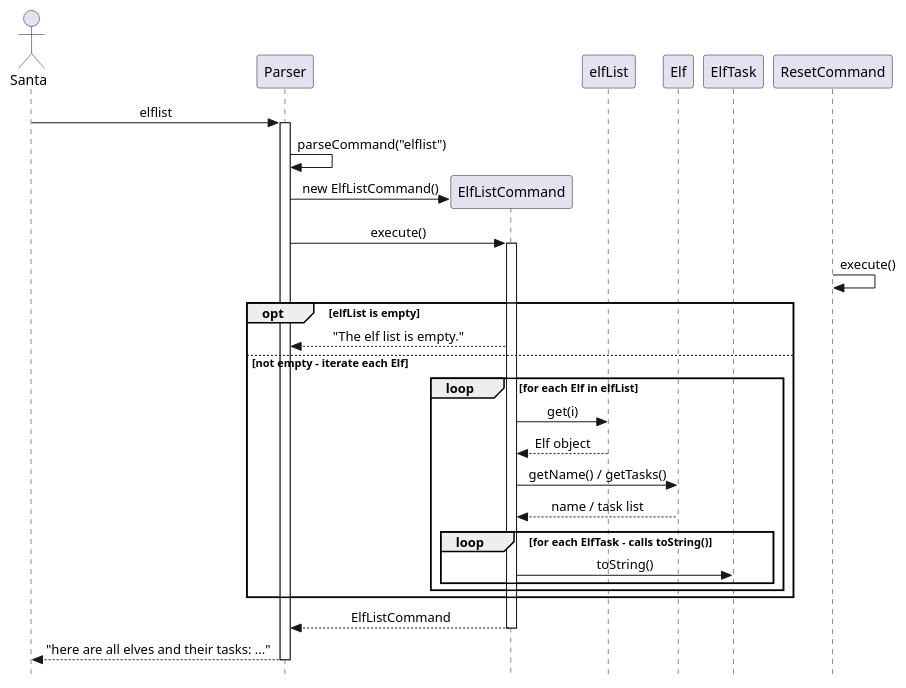
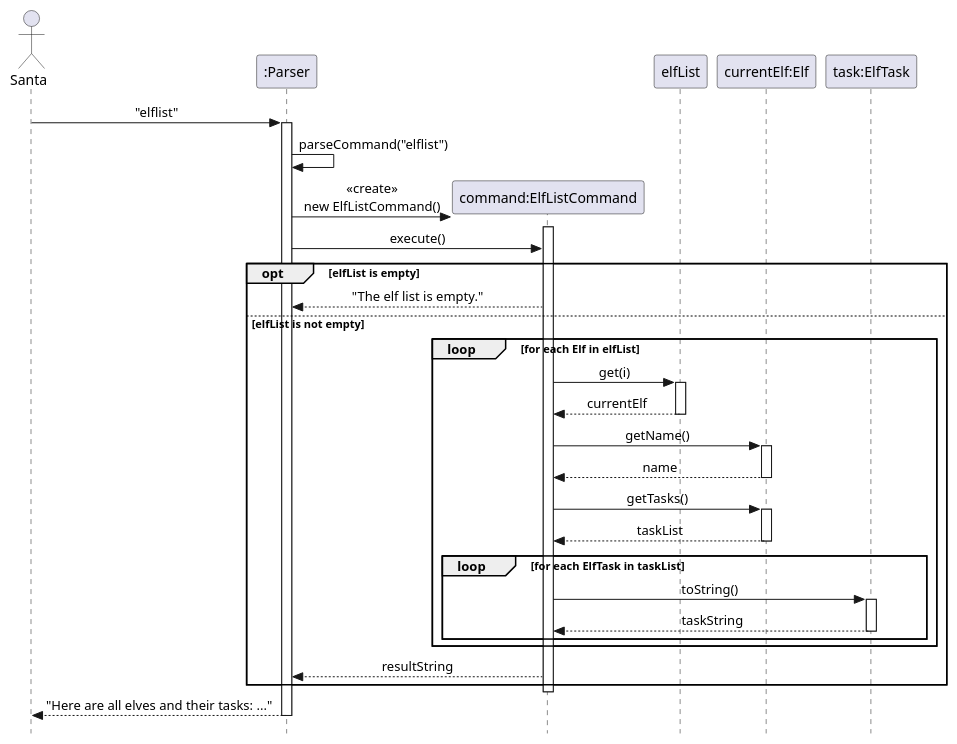
The diagram in docs/diagrams/ElfListSequenceDiagram.puml (shrabasti-c/tp), drawn with PlantUML before and after one commit. The commit also changed 14 other files, not shown here.

```diff
--- a/docs/diagrams/ElfListSequenceDiagram.puml
+++ b/docs/diagrams/ElfListSequenceDiagram.puml
@@ -1,41 +1,56 @@
 @startuml
 skinparam Style strictuml
 skinparam SequenceMessageAlignment center
 
-actor Santa
-participant Parser
-participant ElfListCommand
-participant elfList
-participant Elf
-participant ElfTask
+actor "Santa" as Santa
+participant ":Parser" as Parser
+participant "command:ElfListCommand" as ElfListCommand
+participant "elfList" as elfList
+participant "currentElf:Elf" as Elf
+participant "task:ElfTask" as ElfTask
 
-Santa -> Parser : elflist
+Santa -> Parser : "elflist"
 activate Parser
+
 Parser -> Parser : parseCommand("elflist")
+
 create ElfListCommand
-Parser -> ElfListCommand : new ElfListCommand()
-Parser -> ElfListCommand : execute()
+Parser -> ElfListCommand : <<create>>\nnew ElfListCommand()
 activate ElfListCommand
 
-ResetCommand -> ResetCommand : execute()
+Parser -> ElfListCommand : execute()
 
 opt elfList is empty
     ElfListCommand --> Parser : "The elf list is empty."
-else not empty - iterate each Elf
+else elfList is not empty
     loop for each Elf in elfList
         ElfListCommand -> elfList : get(i)
-        elfList --> ElfListCommand : Elf object
-        ElfListCommand -> Elf : getName() / getTasks()
-        Elf --> ElfListCommand : name / task list
-        loop for each ElfTask - calls toString()
+        activate elfList
+        elfList --> ElfListCommand : currentElf
+        deactivate elfList
+
+        ElfListCommand -> Elf : getName()
+        activate Elf
+        Elf --> ElfListCommand : name
+        deactivate Elf
+
+        ElfListCommand -> Elf : getTasks()
+        activate Elf
+        Elf --> ElfListCommand : taskList
+        deactivate Elf
+
+        loop for each ElfTask in taskList
             ElfListCommand -> ElfTask : toString()
+            activate ElfTask
+            ElfTask --> ElfListCommand : taskString
+            deactivate ElfTask
         end
     end
+    ElfListCommand --> Parser : resultString
 end
 
-ElfListCommand --> Parser : ElfListCommand
 deactivate ElfListCommand
-Parser --> Santa : "here are all elves and their tasks: ..."
+Parser --> Santa : "Here are all elves and their tasks: ..."
 deactivate Parser
 
 @enduml
```
